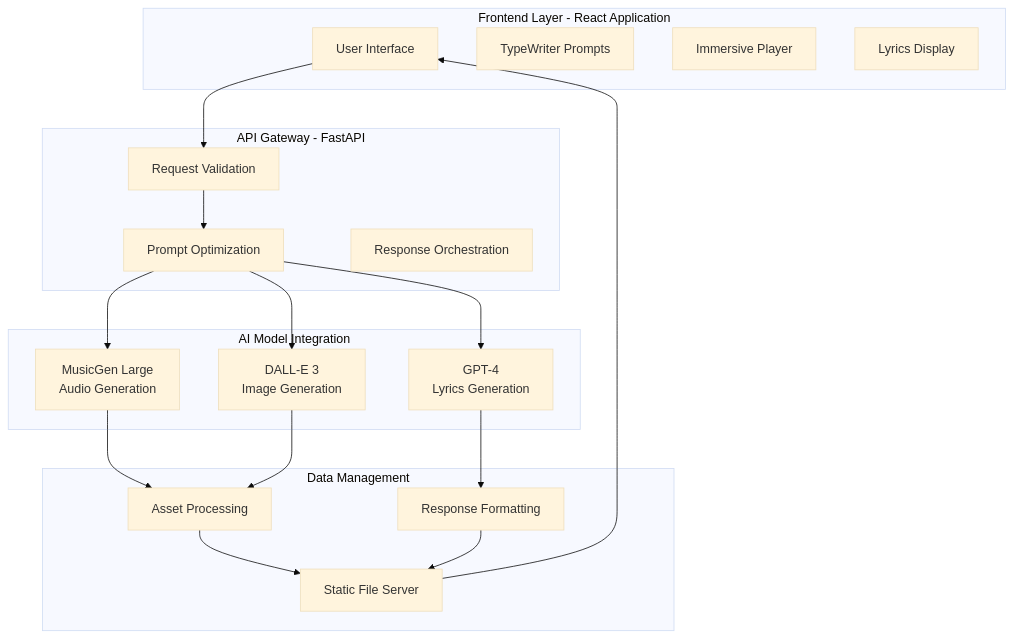
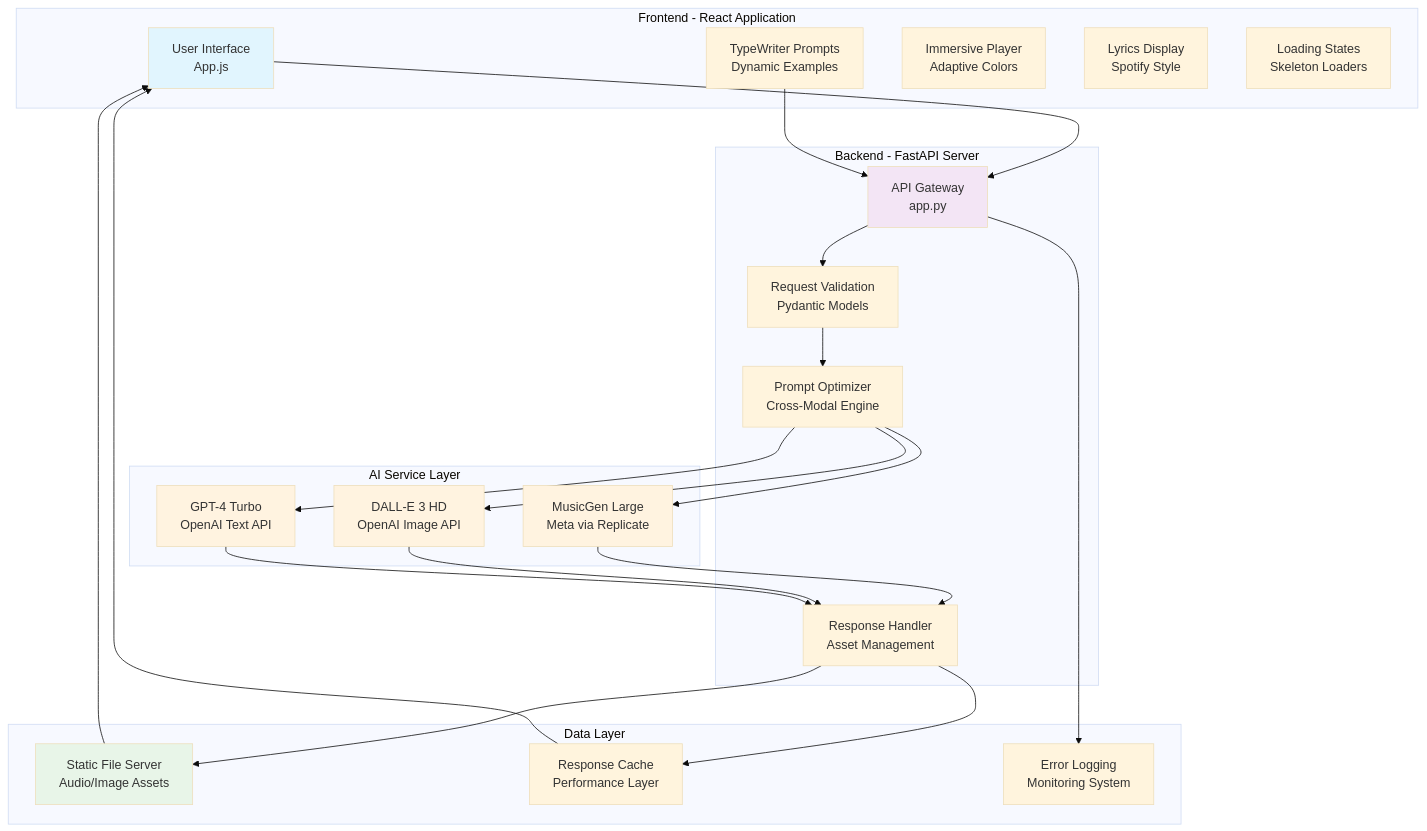
Before and after one commit to ManishKondoju/Prompt2Track: the first of 2 diagrams in README.md, drawn with Mermaid (base theme). The commit also changed other lines of this file, not shown here.

````diff
--- a/README.md
+++ b/README.md
@@ -50,39 +135,57 @@
 ```mermaid
 graph TB
-    subgraph "Frontend Layer - React Application"
-        A[User Interface]
-        B[TypeWriter Prompts]
-        C[Immersive Player]
-        D[Lyrics Display]
+    subgraph "Frontend - React Application"
+        A[User Interface<br/>App.js]
+        B[TypeWriter Prompts<br/>Dynamic Examples]
+        C[Immersive Player<br/>Adaptive Colors]
+        D[Lyrics Display<br/>Spotify Style]
+        E[Loading States<br/>Skeleton Loaders]
     end
     
-    subgraph "API Gateway - FastAPI"
-        E[Request Validation]
-        F[Prompt Optimization]
-        G[Response Orchestration]
+    subgraph "Backend - FastAPI Server"
+        F[API Gateway<br/>app.py]
+        G[Request Validation<br/>Pydantic Models]
+        H[Prompt Optimizer<br/>Cross-Modal Engine]
+        I[Response Handler<br/>Asset Management]
     end
     
-    subgraph "AI Model Integration"
-        H[MusicGen Large<br/>Audio Generation]
-        I[DALL-E 3<br/>Image Generation]
-        J[GPT-4<br/>Lyrics Generation]
+    subgraph "AI Service Layer"
+        J[MusicGen Large<br/>Meta via Replicate]
+        K[DALL-E 3 HD<br/>OpenAI Image API]
+        L[GPT-4 Turbo<br/>OpenAI Text API]
     end
     
-    subgraph "Data Management"
-        K[Static File Server]
-        L[Asset Processing]
-        M[Response Formatting]
+    subgraph "Data Layer"
+        M[Static File Server<br/>Audio/Image Assets]
+        N[Response Cache<br/>Performance Layer]
+        O[Error Logging<br/>Monitoring System]
     end
     
-    A --> E
-    E --> F
-    F --> H
-    F --> I
-    F --> J
+    A --> F
+    B --> F
+    F --> G
+    G --> H
+    
+    H --> J
+    H --> K
     H --> L
-    I --> L
-    J --> M
-    L --> K
-    M --> K
-    K --> A
+    
+    J --> I
+    K --> I
+    L --> I
+    
+    I --> M
+    I --> N
+    
+    M --> A
+    N --> A
+    
+    F --> O
+    
+    style A fill:#e1f5fe
+    style F fill:#f3e5f5
+    style J fill:#fff3e0
+    style K fill:#fff3e0
+    style L fill:#fff3e0
+    style M fill:#e8f5e8
 ```
````
